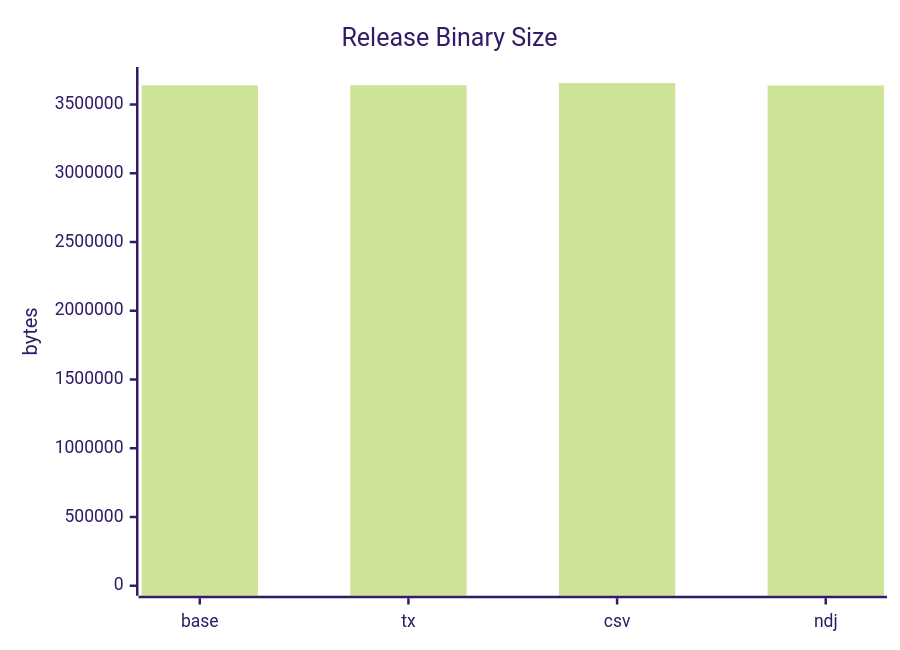
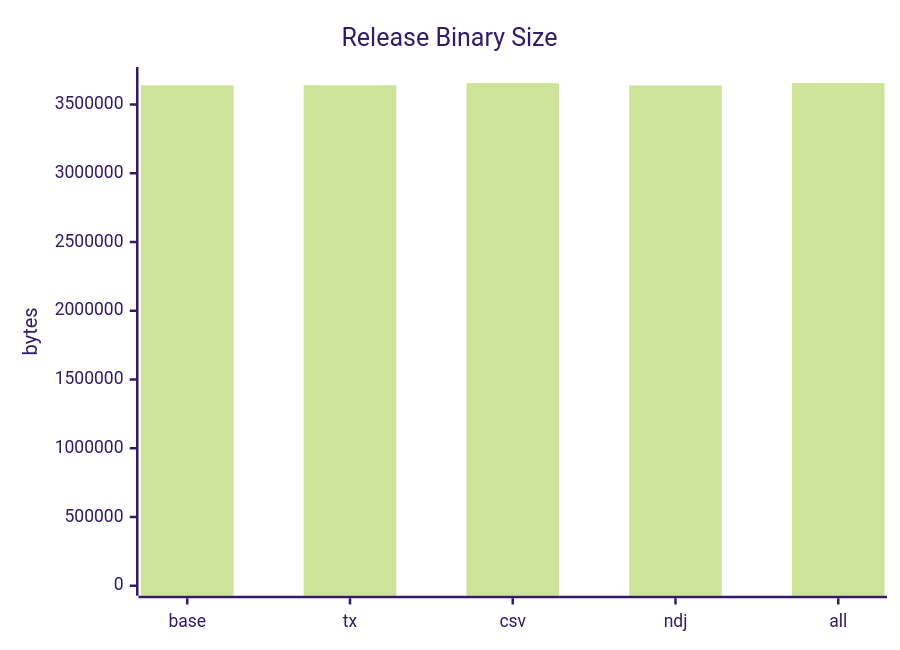
The fourth of 6 diagrams in METRICS.md (Raynhardt-Van-Zyl/noda-interview), drawn with Mermaid (forest theme) before and after one commit. The commit also changed other lines of this file, not shown here.

````diff
--- a/METRICS.md
+++ b/METRICS.md
@@ -93,7 +96,7 @@
 ```mermaid
 xychart-beta
     title "Release Binary Size"
-    x-axis ["base", "tx", "csv", "ndj"]
+    x-axis ["base", "tx", "csv", "ndj", "all"]
     y-axis "bytes" 0 --> 3700000
-    bar [3639496, 3640040, 3655808, 3638160]
+    bar [3639496, 3640040, 3655808, 3638160, 3656168]
 ```
````
